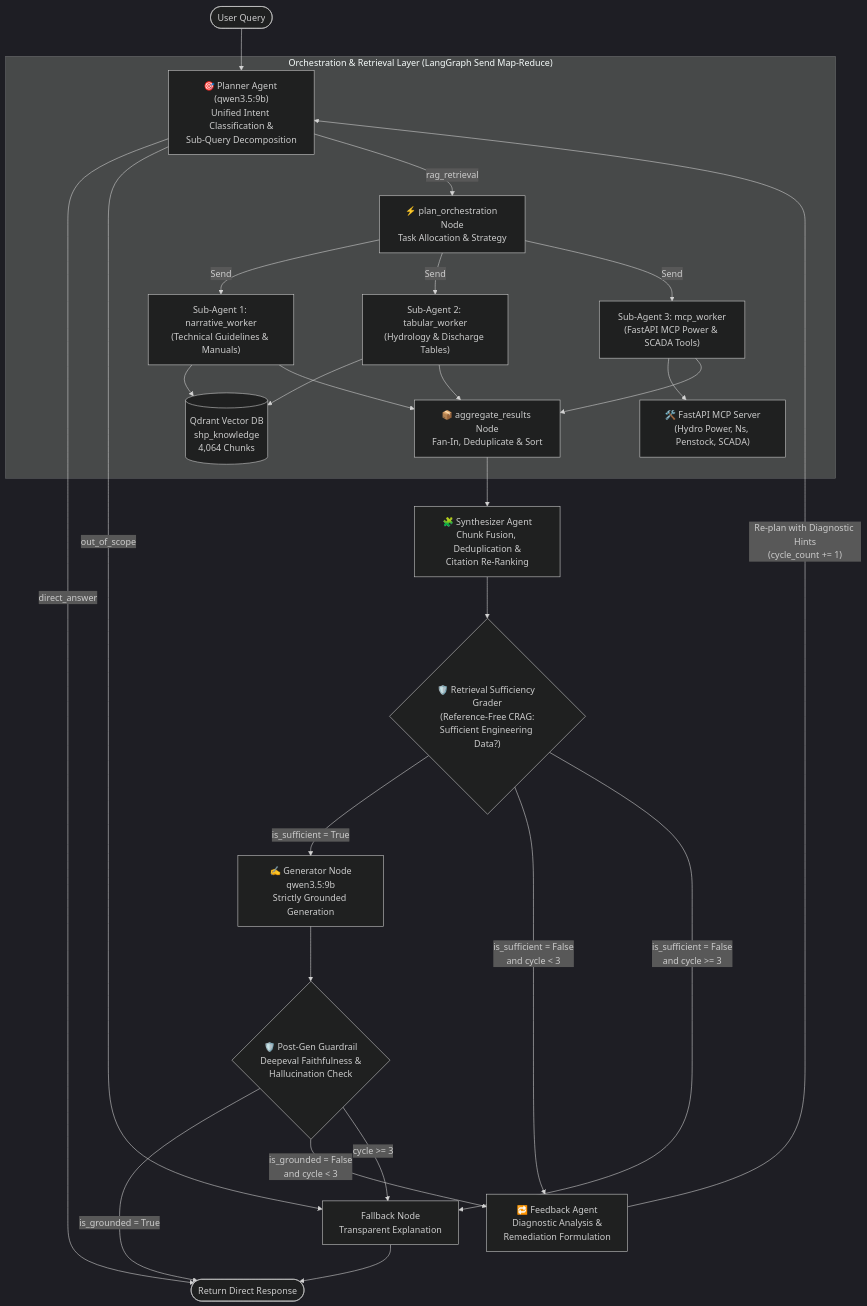
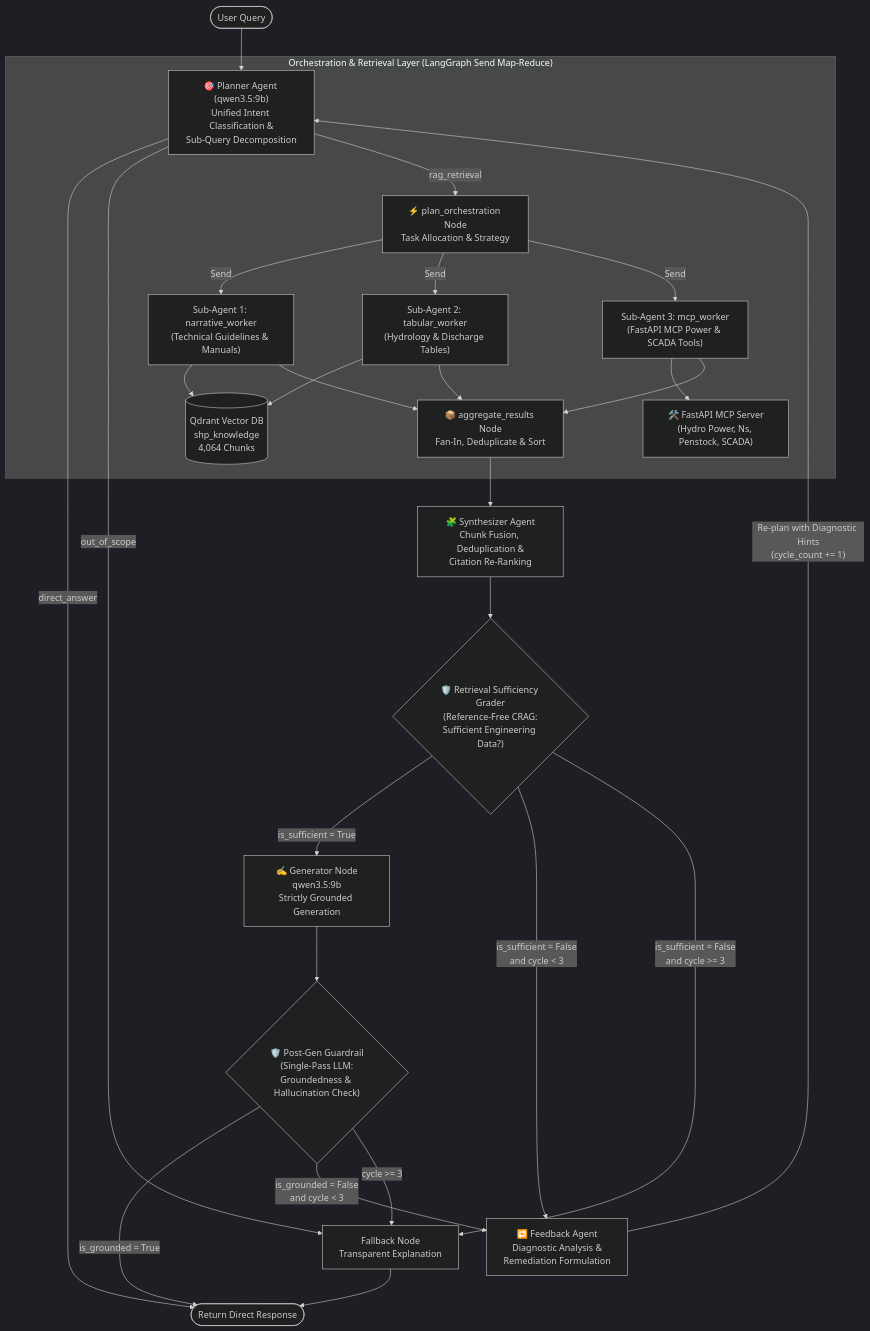
The second of 2 diagrams in README.md (NaimishKB/Agentic_RAG), drawn with Mermaid (dark theme) before and after one commit. The commit also changed other lines of this file and 3 other files, not shown here.

````diff
--- a/README.md
+++ b/README.md
@@ -630,35 +640,35 @@
 ```mermaid
 flowchart TD
     Start([User Query]) --> Planner["🎯 Planner Agent (qwen3.5:9b)\nUnified Intent Classification &\nSub-Query Decomposition"]
 
     Planner -->|direct_answer| Final([Return Direct Response])
     Planner -->|out_of_scope| Fallback[Fallback Node\nTransparent Explanation] --> Final
 
     subgraph Orchestration ["Orchestration & Retrieval Layer (LangGraph Send Map-Reduce)"]
         Planner -->|rag_retrieval| Orchestrator["⚡ plan_orchestration Node\nTask Allocation & Strategy"]
         Orchestrator -->|Send| SubAgent1["Sub-Agent 1: narrative_worker\n(Technical Guidelines & Manuals)"]
         Orchestrator -->|Send| SubAgent2["Sub-Agent 2: tabular_worker\n(Hydrology & Discharge Tables)"]
         Orchestrator -->|Send| SubAgent3["Sub-Agent 3: mcp_worker\n(FastAPI MCP Power & SCADA Tools)"]
         SubAgent1 & SubAgent2 --> Qdrant[(Qdrant Vector DB\nshp_knowledge\n4,064 Chunks)]
         SubAgent3 --> MCPServer["🛠️ FastAPI MCP Server\n(Hydro Power, Ns, Penstock, SCADA)"]
         SubAgent1 & SubAgent2 & SubAgent3 --> Aggregator["📦 aggregate_results Node\nFan-In, Deduplicate & Sort"]
     end
 
     Aggregator --> Synthesizer["🧩 Synthesizer Agent\nChunk Fusion, Deduplication &\nCitation Re-Ranking"]
 
     Synthesizer --> PreGuard{"🛡️ Retrieval Sufficiency Grader\n(Reference-Free CRAG:\nSufficient Engineering Data?)"}
 
     PreGuard -->|is_sufficient = True| Generator["✍️ Generator Node\nqwen3.5:9b\nStrictly Grounded Generation"]
 
     PreGuard -->|is_sufficient = False\nand cycle < 3| Feedback["🔁 Feedback Agent\nDiagnostic Analysis &\nRemediation Formulation"]
 
-    Generator --> PostGuard{"🛡️ Post-Gen Guardrail\nDeepeval Faithfulness &\nHallucination Check"}
+    Generator --> PostGuard{"🛡️ Post-Gen Guardrail\n(Single-Pass LLM:\nGroundedness & Hallucination Check)"}
 
     PostGuard -->|is_grounded = True| Final
     PostGuard -->|is_grounded = False\nand cycle < 3| Feedback
 
     Feedback -->|"Re-plan with Diagnostic Hints\n(cycle_count += 1)"| Planner
 
     PreGuard -->|is_sufficient = False\nand cycle >= 3| Fallback
     PostGuard -->|cycle >= 3| Fallback
 ```
````
